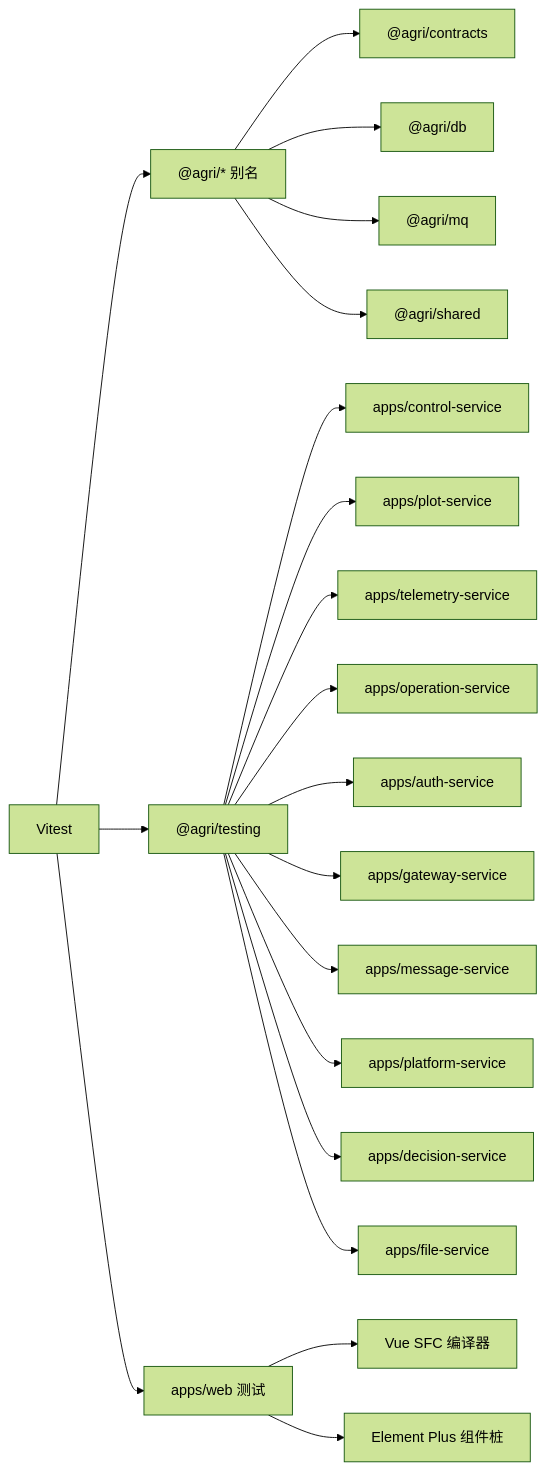
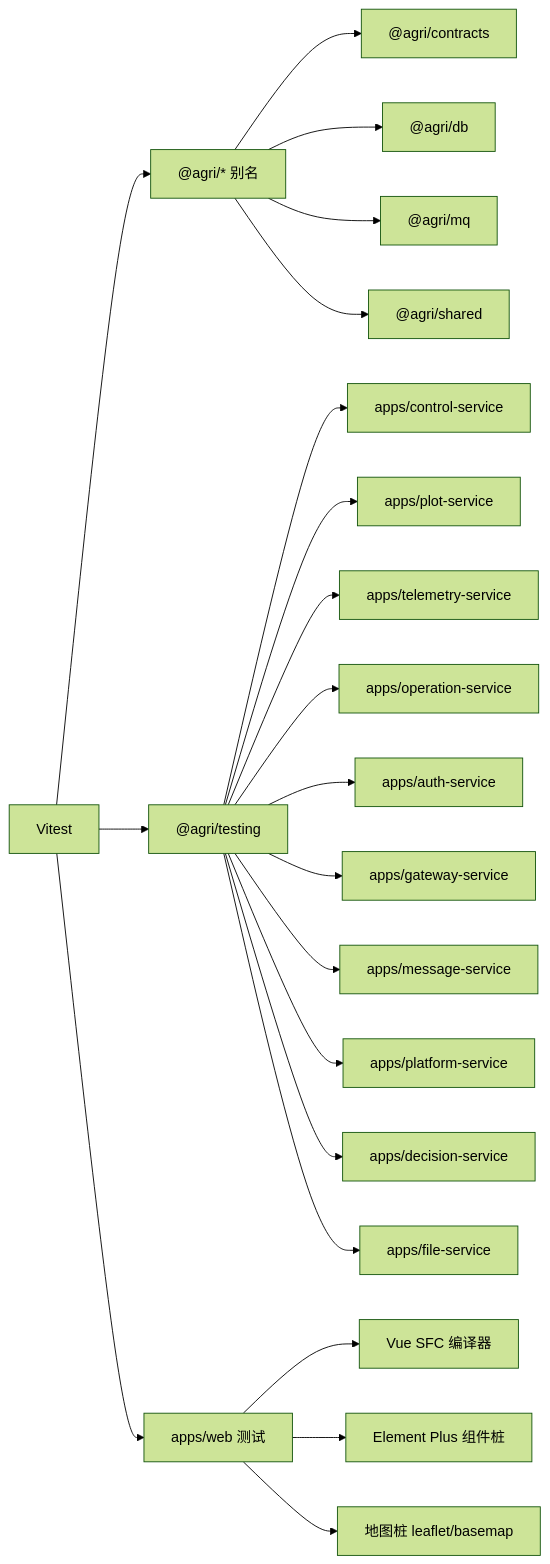
Before and after one commit to q446328246/agri-platform: diagram 29 of 29 in .qoder/repowiki/zh/content/测试策略/测试策略.md, drawn with Mermaid (forest theme). The commit also changed other lines of this file and 47 other files, not shown here.

````diff
--- a/.qoder/repowiki/zh/content/测试策略/测试策略.md
+++ b/.qoder/repowiki/zh/content/测试策略/测试策略.md
@@ -806,22 +841,23 @@
 ```mermaid
 graph LR
 Vitest["Vitest"] --> Alias["@agri/* 别名"]
 Alias --> Contracts["@agri/contracts"]
 Alias --> Db["@agri/db"]
 Alias --> Mq["@agri/mq"]
 Alias --> Shared["@agri/shared"]
 Vitest --> Testing["@agri/testing"]
 Testing --> ControlService["apps/control-service"]
 Testing --> PlotService["apps/plot-service"]
 Testing --> TelemetryService["apps/telemetry-service"]
 Testing --> OperationService["apps/operation-service"]
 Testing --> AuthService["apps/auth-service"]
 Testing --> GatewayService["apps/gateway-service"]
 Testing --> MessageService["apps/message-service"]
 Testing --> PlatformService["apps/platform-service"]
 Testing --> DecisionService["apps/decision-service"]
 Testing --> FileService["apps/file-service"]
 Vitest --> WebTests["apps/web 测试"]
 WebTests --> VueCompiler["Vue SFC 编译器"]
 WebTests --> ElementPlus["Element Plus 组件桩"]
+WebTests --> MapStubs["地图桩 leaflet/basemap"]
 ```
````
